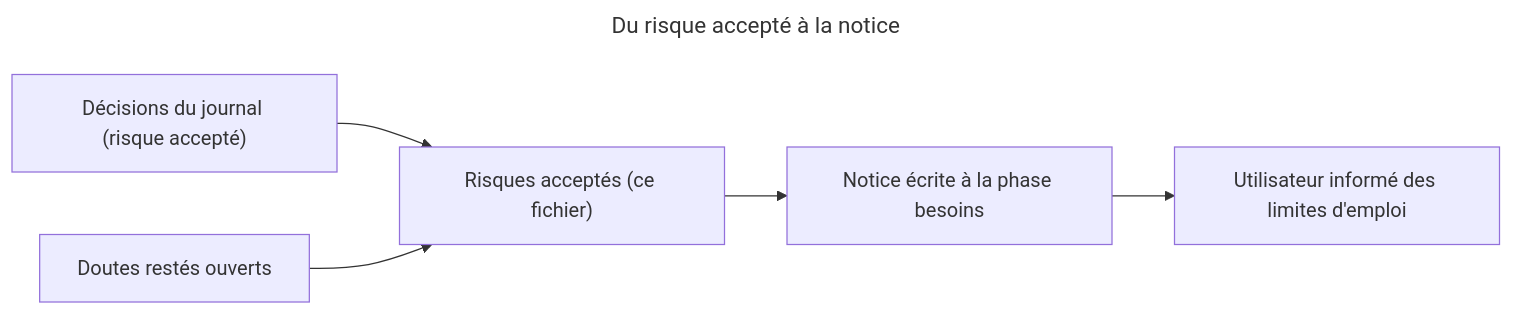
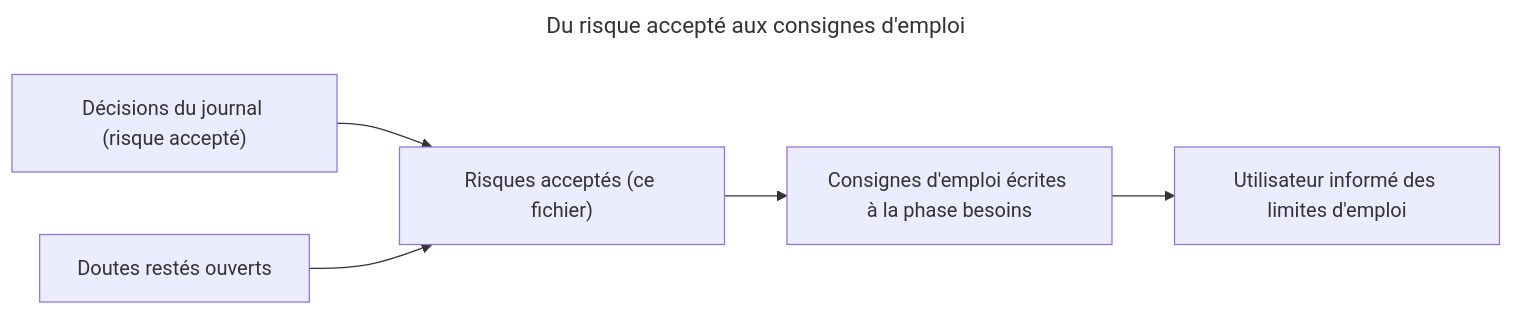
The diagram in projets/boomrone/risques-acceptes.md (thourymatthieu-png/coworker_archi_system), drawn with Mermaid before and after one commit. The commit also changed other lines of this file and 6 other files, not shown here.

First line of the commit message:
Boomrone : phase besoins, 13 besoins simples et page de consignes, porte non franchie

````diff
--- a/projets/boomrone/risques-acceptes.md
+++ b/projets/boomrone/risques-acceptes.md
@@ -9,10 +9,10 @@
 ```mermaid
 ---
-title: "Du risque accepté à la notice"
+title: "Du risque accepté aux consignes d'emploi"
 ---
 flowchart LR
     DEC["Décisions du journal (risque accepté)"] --> REG["Risques acceptés (ce fichier)"]
     DOU["Doutes restés ouverts"] --> REG
-    REG --> NOT["Notice écrite à la phase besoins"]
+    REG --> NOT["Consignes d'emploi écrites à la phase besoins"]
     NOT --> USR["Utilisateur informé des limites d'emploi"]
 ```
````
